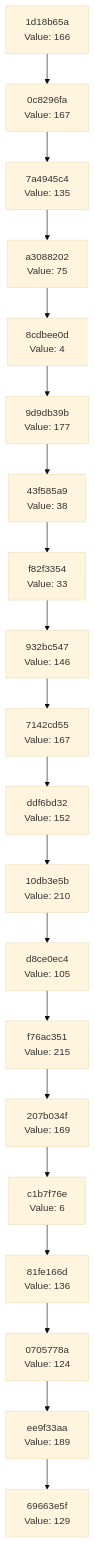
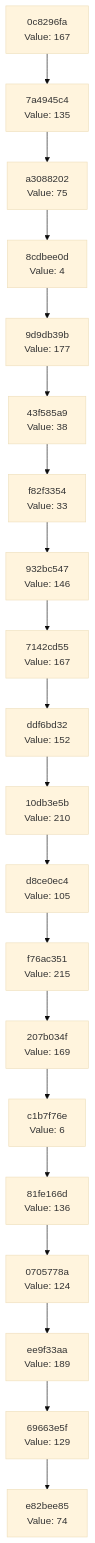
The diagram in docs/CHAIN_VISUALIZATION.md (Abhisheksinha1506/hash-chain-evolver), drawn with Mermaid (base theme) before and after one commit. The commit also changed 3 other files, not shown here.

````diff
--- a/docs/CHAIN_VISUALIZATION.md
+++ b/docs/CHAIN_VISUALIZATION.md
@@ -3,42 +3,42 @@
 ```mermaid
 graph TD
-    C0["69663e5f<br/>Value: 129"]
-    C1["ee9f33aa<br/>Value: 189"]
+    C0["e82bee85<br/>Value: 74"]
+    C1["69663e5f<br/>Value: 129"]
     C1 --> C0
-    C2["0705778a<br/>Value: 124"]
+    C2["ee9f33aa<br/>Value: 189"]
     C2 --> C1
-    C3["81fe166d<br/>Value: 136"]
+    C3["0705778a<br/>Value: 124"]
     C3 --> C2
-    C4["c1b7f76e<br/>Value: 6"]
+    C4["81fe166d<br/>Value: 136"]
     C4 --> C3
-    C5["207b034f<br/>Value: 169"]
+    C5["c1b7f76e<br/>Value: 6"]
     C5 --> C4
-    C6["f76ac351<br/>Value: 215"]
+    C6["207b034f<br/>Value: 169"]
     C6 --> C5
-    C7["d8ce0ec4<br/>Value: 105"]
+    C7["f76ac351<br/>Value: 215"]
     C7 --> C6
-    C8["10db3e5b<br/>Value: 210"]
+    C8["d8ce0ec4<br/>Value: 105"]
     C8 --> C7
-    C9["ddf6bd32<br/>Value: 152"]
+    C9["10db3e5b<br/>Value: 210"]
     C9 --> C8
-    C10["7142cd55<br/>Value: 167"]
+    C10["ddf6bd32<br/>Value: 152"]
     C10 --> C9
-    C11["932bc547<br/>Value: 146"]
+    C11["7142cd55<br/>Value: 167"]
     C11 --> C10
-    C12["f82f3354<br/>Value: 33"]
+    C12["932bc547<br/>Value: 146"]
     C12 --> C11
-    C13["43f585a9<br/>Value: 38"]
+    C13["f82f3354<br/>Value: 33"]
     C13 --> C12
-    C14["9d9db39b<br/>Value: 177"]
+    C14["43f585a9<br/>Value: 38"]
     C14 --> C13
-    C15["8cdbee0d<br/>Value: 4"]
+    C15["9d9db39b<br/>Value: 177"]
     C15 --> C14
-    C16["a3088202<br/>Value: 75"]
+    C16["8cdbee0d<br/>Value: 4"]
     C16 --> C15
-    C17["7a4945c4<br/>Value: 135"]
+    C17["a3088202<br/>Value: 75"]
     C17 --> C16
-    C18["0c8296fa<br/>Value: 167"]
+    C18["7a4945c4<br/>Value: 135"]
     C18 --> C17
-    C19["1d18b65a<br/>Value: 166"]
+    C19["0c8296fa<br/>Value: 167"]
     C19 --> C18
 ```
````
